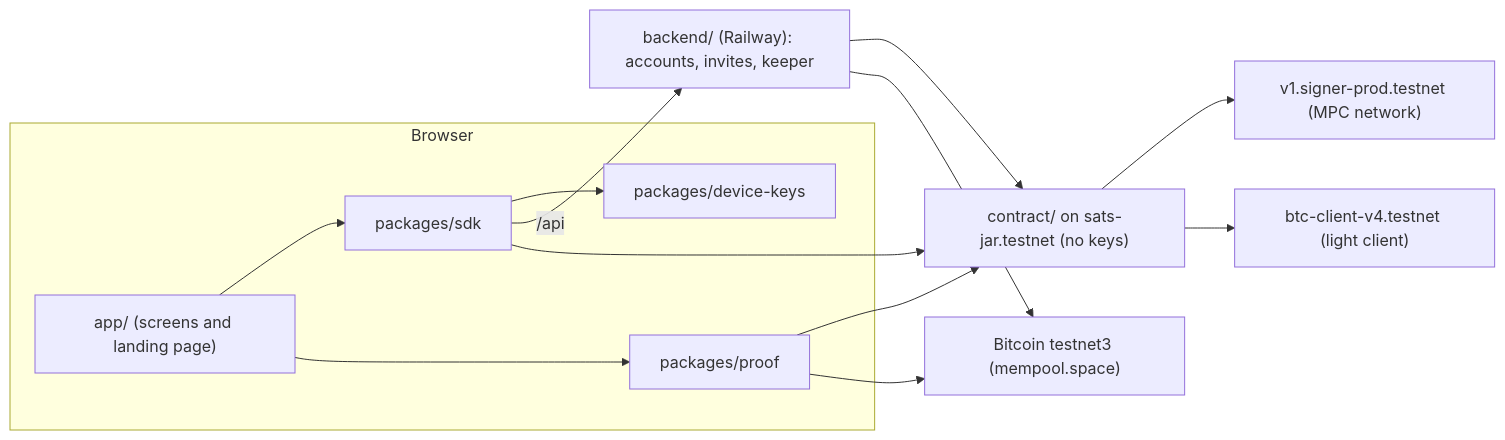
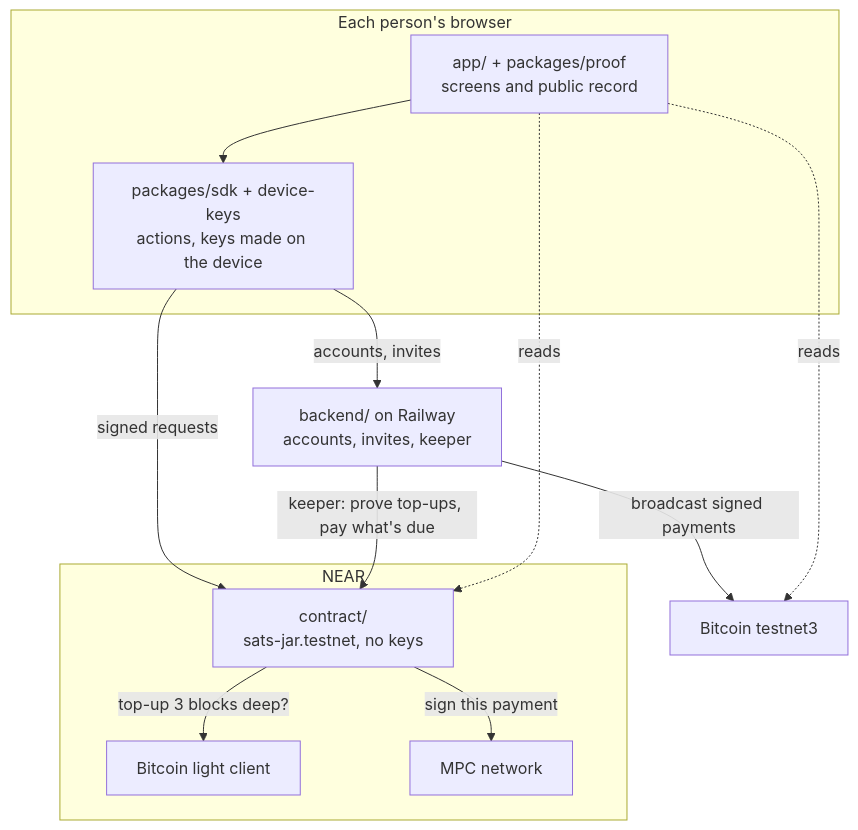
One commit to koukikouks/sats-jar changed the second of 2 diagrams in README.md. Above: the diagram before and after it, drawn with Mermaid. The commit also changed other lines of this file and 3 other files, not shown here.

````diff
--- a/README.md
+++ b/README.md
@@ -205,24 +194,23 @@
 ```mermaid
-flowchart LR
-    subgraph Browser
-      App["app/ (screens and landing page)"]
-      SDK["packages/sdk"]
-      Keys["packages/device-keys"]
-      Proof["packages/proof"]
+flowchart TB
+    subgraph Browser["Each person's browser"]
+      App["app/ + packages/proof<br>screens and public record"]
+      SDK["packages/sdk + device-keys<br>actions, keys made on the device"]
     end
-    Backend["backend/ (Railway): accounts, invites, keeper"]
-    Contract["contract/ on sats-jar.testnet (no keys)"]
-    MPC["v1.signer-prod.testnet (MPC network)"]
-    LC["btc-client-v4.testnet (light client)"]
-    BTC["Bitcoin testnet3 (mempool.space)"]
-    App --> SDK --> Keys
-    App --> Proof
-    SDK -- "/api" --> Backend
-    SDK --> Contract
-    Backend --> Contract
-    Backend --> BTC
-    Proof --> Contract
-    Proof --> BTC
-    Contract --> MPC
-    Contract --> LC
+    Backend["backend/ on Railway<br>accounts, invites, keeper"]
+    subgraph NEAR
+      Contract["contract/<br>sats-jar.testnet, no keys"]
+      LC["Bitcoin light client"]
+      MPC["MPC network"]
+    end
+    BTC["Bitcoin testnet3"]
+    App --> SDK
+    SDK -- "signed requests" --> Contract
+    SDK -- "accounts, invites" --> Backend
+    Backend -- "keeper: prove top-ups, pay what's due" --> Contract
+    Backend -- "broadcast signed payments" --> BTC
+    Contract -- "top-up 3 blocks deep?" --> LC
+    Contract -- "sign this payment" --> MPC
+    App -. "reads" .-> Contract
+    App -. "reads" .-> BTC
 ```
````
